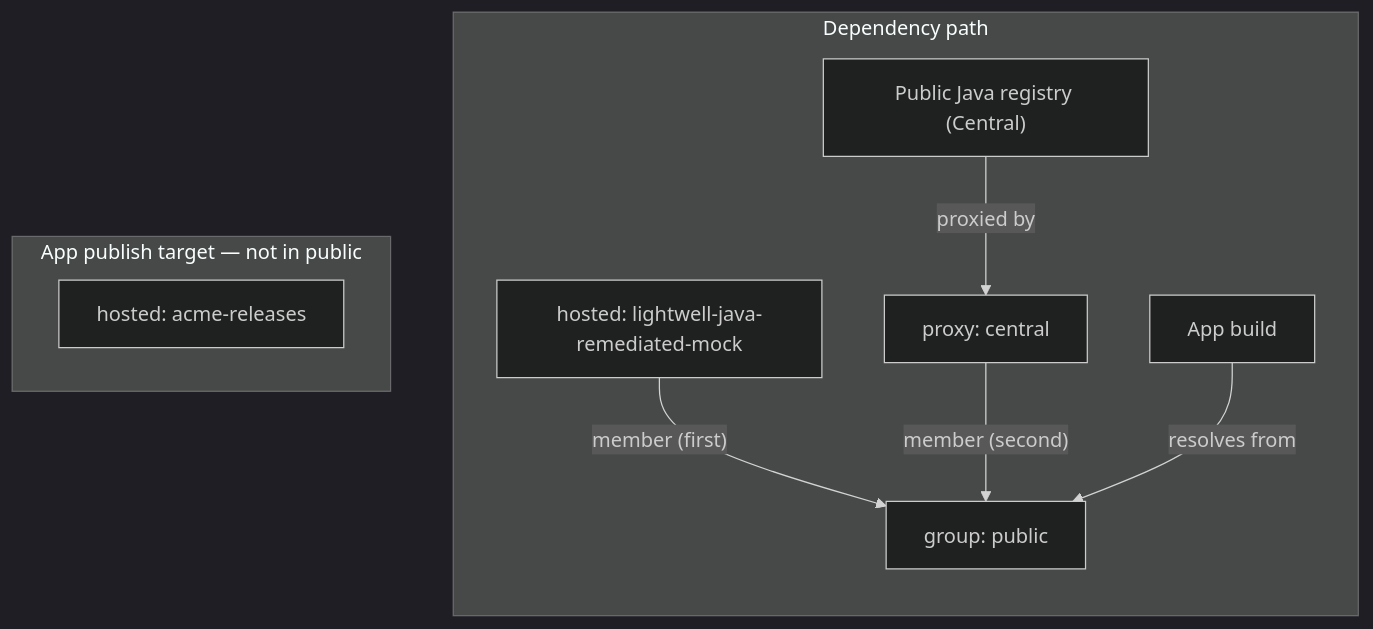
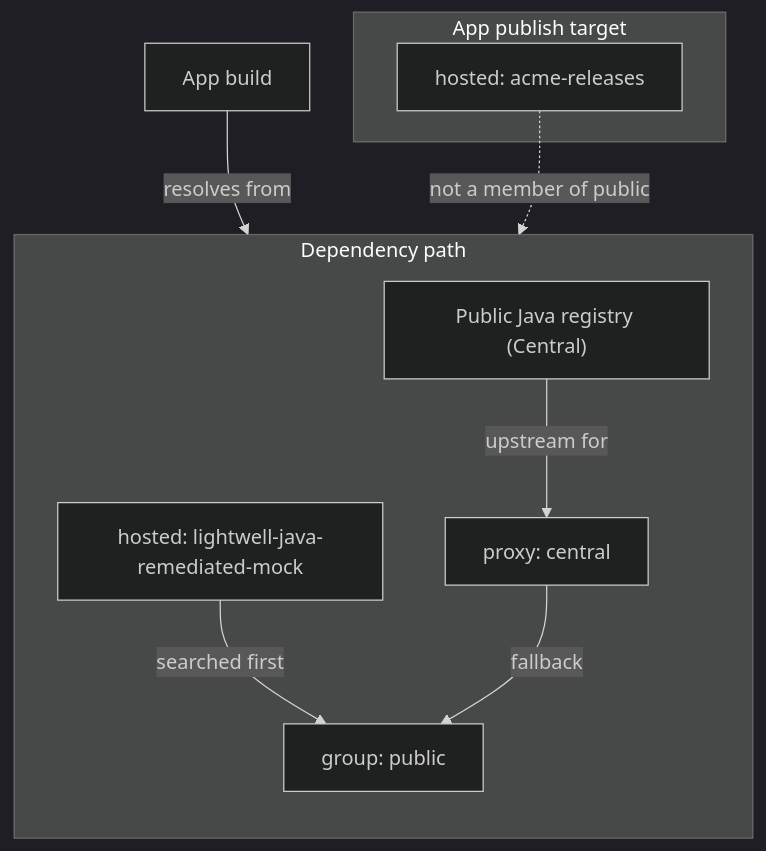
One commit to ansible-tmm/lightwell_app changed the first of 3 diagrams in README.md. Above: the diagram before and after it, drawn with Mermaid (dark theme). The commit also changed other lines of this file, not shown here.

Commit message:
Tighten Mermaid diagrams: edge labels, Nexus boundary, search order.

````diff
--- a/README.md
+++ b/README.md
@@ -29,17 +29,20 @@
 ```mermaid
 flowchart TB
   subgraph dependency_path ["Dependency path"]
     direction TB
+    CentralNet["Public Java registry (Central)"]
+    C["proxy: central"]
     LW["hosted: lightwell-java-remediated-mock"]
-    C["proxy: central"]
     G["group: public"]
-    LW -->|"member (first)"| G
-    C -->|"member (second)"| G
-    CentralNet["Public Java registry (Central)"] -->|"proxied by"| C
-    Build["App build"] -->|"resolves from"| G
+    CentralNet -->|"upstream for"| C
+    LW -->|"searched first"| G
+    C -->|"fallback"| G
   end
 
-  subgraph publish_target ["App publish target — not in public"]
+  Build["App build"] -->|"resolves from"| G
+
+  subgraph publish_target ["App publish target"]
     APP["hosted: acme-releases"]
   end
+  APP -.->|"not a member of public"| G
 ```
````
